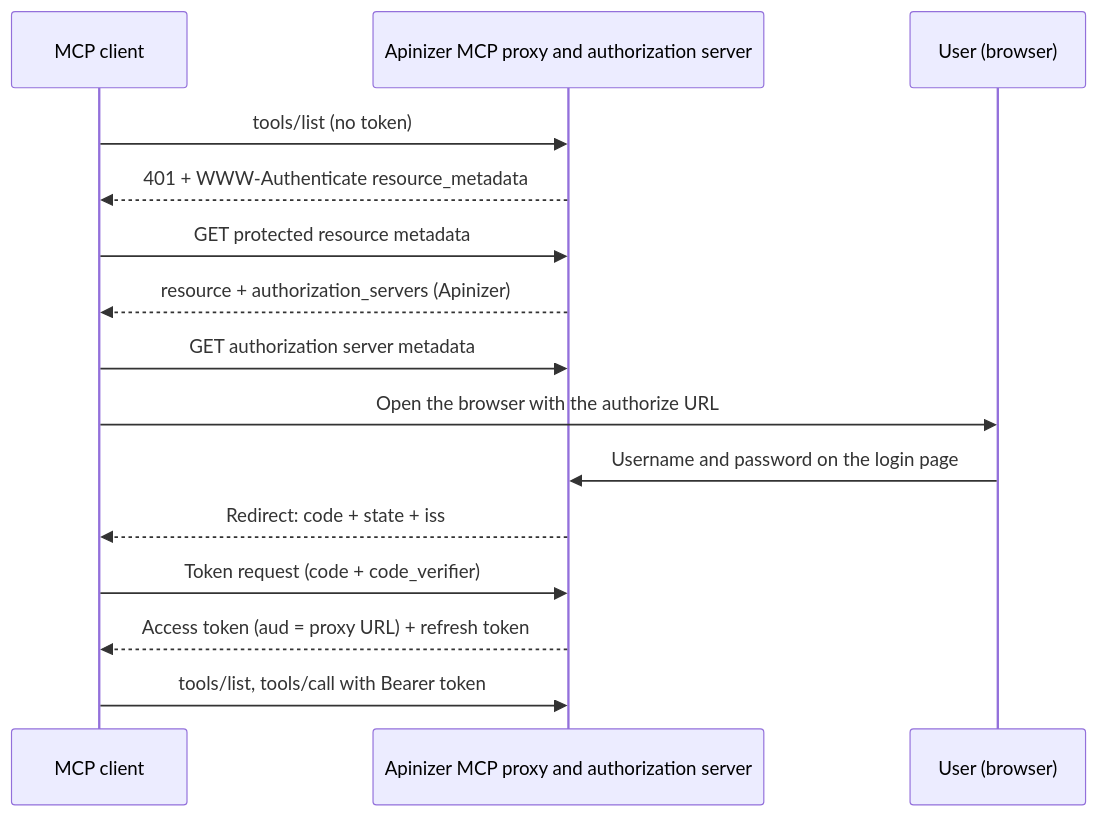
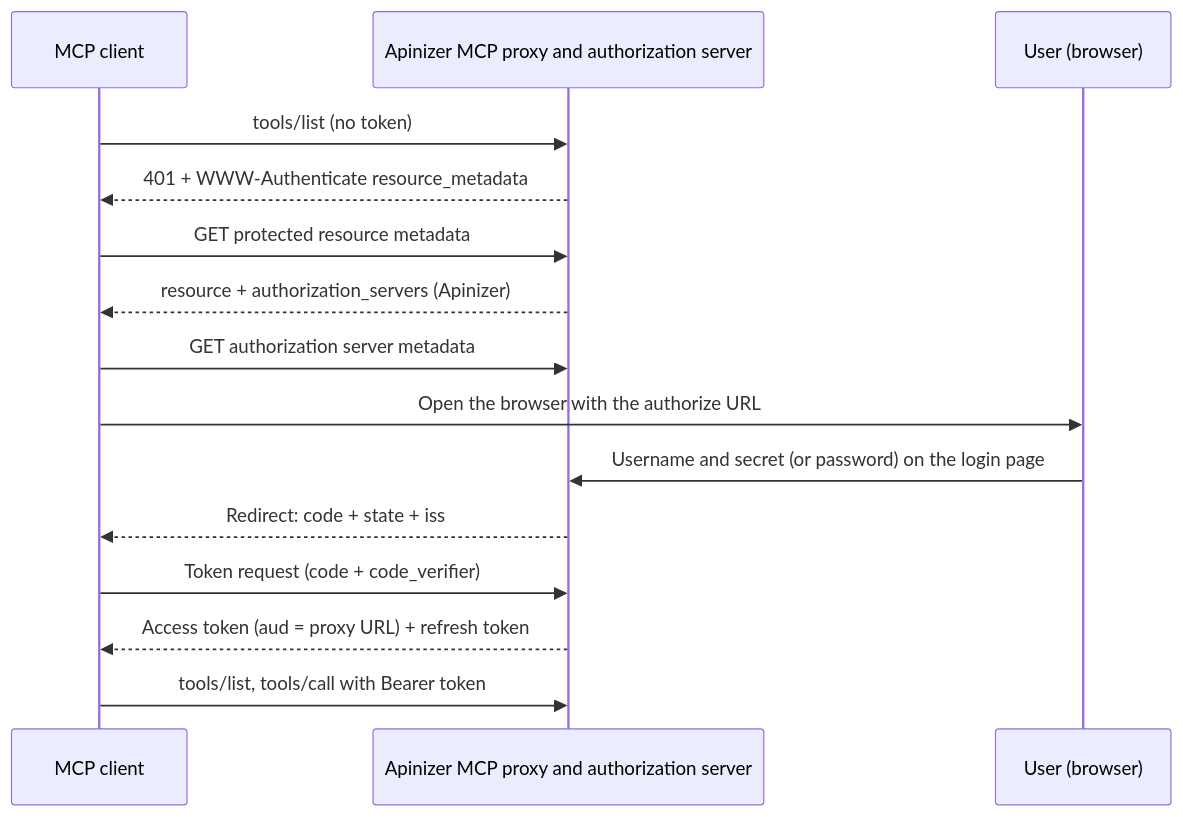
The diagram in en/tutorials/ai-proxy-scenarios/mcp-gateway-browser-sign-in.mdx (apinizer/docs), drawn with Mermaid before and after one commit. The commit also changed other lines of this file and 11 other files, not shown here.

First line of the commit message:
docs(mcp): browser sign-in tutorial — consumer name + client secret, EN/TR login page, CORS split, refresh count, Expose Tools

````diff
--- a/en/tutorials/ai-proxy-scenarios/mcp-gateway-browser-sign-in.mdx
+++ b/en/tutorials/ai-proxy-scenarios/mcp-gateway-browser-sign-in.mdx
@@ -26,17 +27,17 @@
 ```mermaid
 sequenceDiagram
     participant C as MCP client
     participant G as Apinizer MCP proxy and authorization server
     participant U as User (browser)
     C->>G: tools/list (no token)
     G-->>C: 401 + WWW-Authenticate resource_metadata
     C->>G: GET protected resource metadata
     G-->>C: resource + authorization_servers (Apinizer)
     C->>G: GET authorization server metadata
     C->>U: Open the browser with the authorize URL
-    U->>G: Username and password on the login page
+    U->>G: Username and secret (or password) on the login page
     G-->>C: Redirect: code + state + iss
     C->>G: Token request (code + code_verifier)
     G-->>C: Access token (aud = proxy URL) + refresh token
     C->>G: tools/list, tools/call with Bearer token
 ```
````
